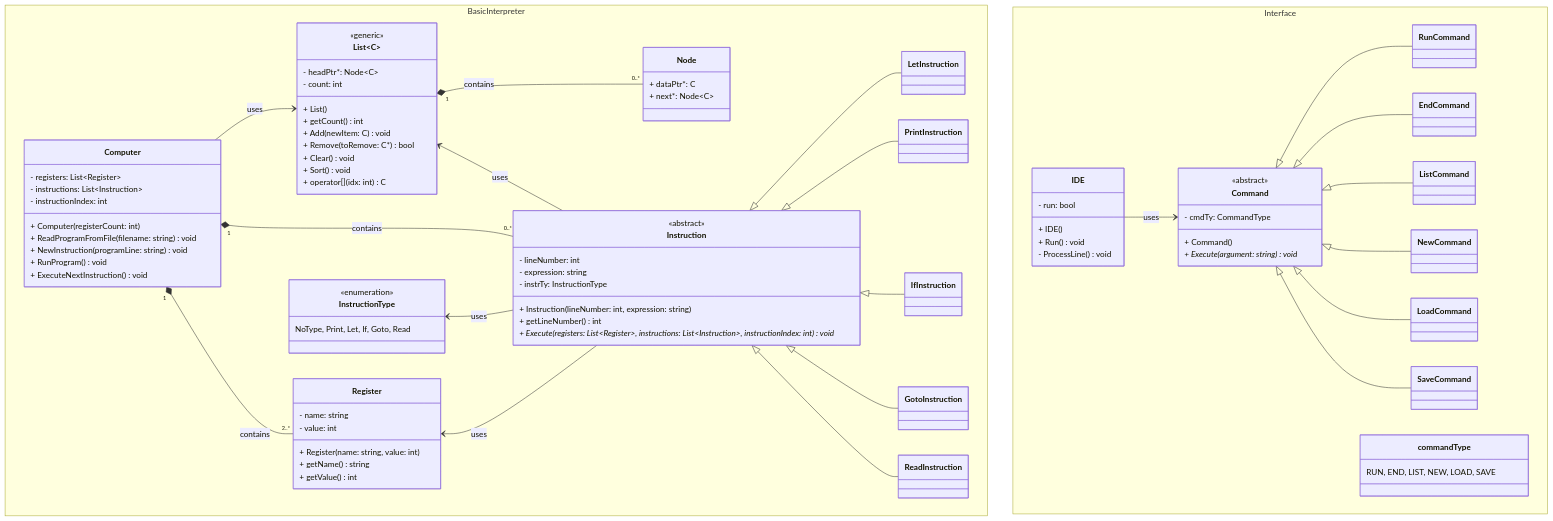
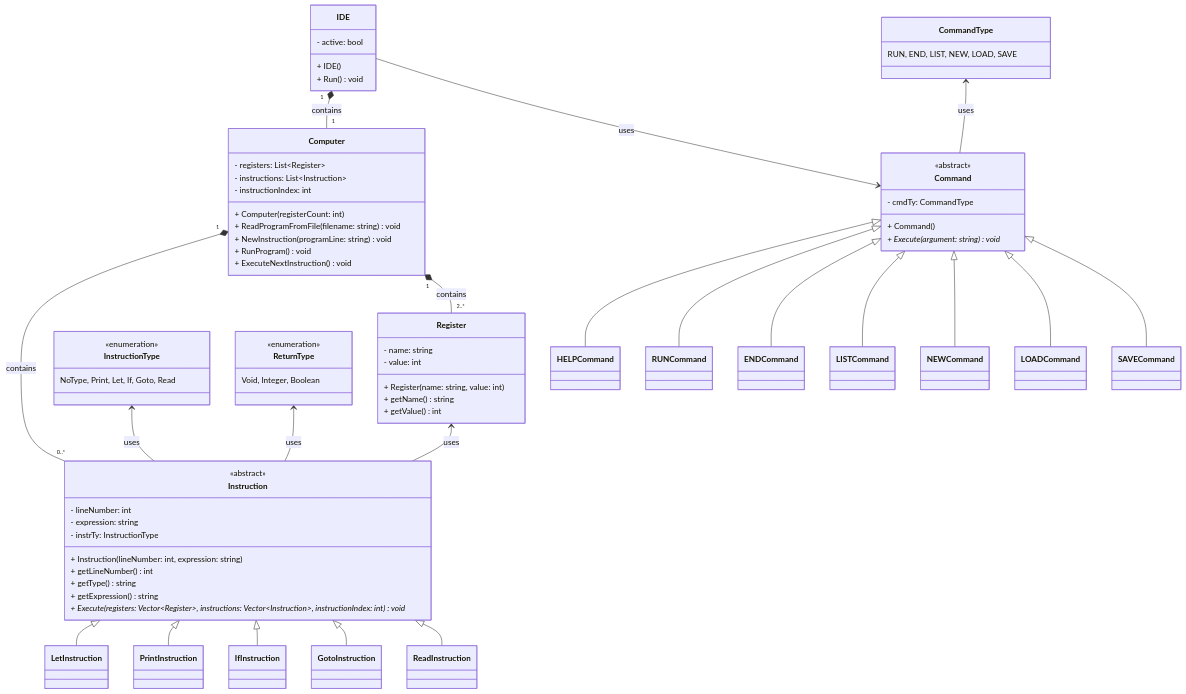
Before and after one commit to Spyro1/Basic-Lite-Interpreter: the diagram in Documentation/BASIC.md, drawn with Mermaid. The commit also changed other lines of this file and 15 other files, not shown here.

Commit message:
ProcessExpression: Integer evaluation DONE, register evaluation DONE, If instr. DONE, Brackets DONE

````diff
--- a/Documentation/BASIC.md
+++ b/Documentation/BASIC.md
@@ -28,23 +28,23 @@
 ```mermaid
 classDiagram
     direction TB
-namespace BasicInterpreter {
-    class List~C~{
-        <<generic>>
-        - headPtr*: Node~C~
-        - count: int
-        + List()
-        + getCount() int
-        + Add(newItem: C) void
-        + Remove(toRemove: C*) bool
-        + Clear() void
-        + Sort() void
-        + operator[](idx: int) C
-    }
-    class Node { 
-        + dataPtr*: C
-        + next*: Node~C~ 
-    }
+%%namespace BasicInterpreter {
+%%    class List~C~{
+%%        <<generic>>
+%%        - headPtr*: Node~C~
+%%        - count: int
+%%        + List()
+%%        + getCount() int
+%%        + Add(newItem: C) void
+%%        + Remove(toRemove: C*) bool
+%%        + Clear() void
+%%        + Sort() void
+%%        + operator[](idx: int) C
+%%    }
+%%    class Node { 
+%%        + dataPtr*: C
+%%        + next*: Node~C~ 
+%%    }
     
     class Computer {
         - registers: List~Register~
@@ -67,6 +67,10 @@
         <<enumeration>>
         NoType, Print, Let, If, Goto, Read 
     }
+    class ReturnType{
+        <<enumeration>>
+        Void, Integer, Boolean
+    }
     class Instruction {
         <<abstract>>
         - lineNumber: int
@@ -74,7 +78,9 @@
         - instrTy: InstructionType
         + Instruction(lineNumber: int, expression: string)
         + getLineNumber() int
-        + Execute(registers: List~Register~, instructions: List~Instruction~, instructionIndex: int) void*
+        + getType() string
+        + getExpression() string
+        + Execute(registers: Vector~Register~, instructions: Vector~Instruction~, instructionIndex: int) void*
     }
     class LetInstruction
     class PrintInstruction
@@ -82,16 +88,46 @@
     class IfInstruction
     class ReadInstruction
     
+%%namespace Interface {
+    class IDE{
+      - active: bool
+      + IDE()
+      + Run() void
+    }
+    class CommandType { RUN, END, LIST, NEW, LOAD, SAVE }
+    class Command{
+      <<abstract>>
+      - cmdTy: CommandType
+      + Command()
+      + Execute(argument: string) void*
+    }
+    class HELPCommand
+    class RUNCommand
+    class ENDCommand
+    class LISTCommand
+    class NEWCommand
+    class LOADCommand
+    class SAVECommand  
+%%}
 %%    direction TB
-}
-    Computer --> List : uses   
-    List "1" *-- "0..*" Node : contains
+%%}
+%%    Computer --> List : uses   
+%%    List "1" *-- "0..*" Node : contains
+    IDE "1" *-- "1" Computer : contains
+    CommandType <-- Command : uses
+    IDE --> Command : uses
+%%    Computer "1" --* "1" IDE
+    
     Computer "1" *-- "0..*" Instruction : contains
     Computer "1" *-- "2..*" Register : contains
     
-    List <-- Instruction : uses
+    ReturnType <-- Instruction : uses
+    InstructionType <-- Instruction : uses
     Register <-- Instruction : uses
-    InstructionType <-- Instruction : uses
+    
+%%    List <-- Instruction : uses
+%%    Instruction --> InstructionType : uses
+%%    Instruction --> ReturnType : uses
     
     Instruction <|-- LetInstruction
     Instruction <|-- PrintInstruction
@@ -99,35 +135,15 @@
     Instruction <|-- GotoInstruction
     Instruction <|-- ReadInstruction
     
-namespace Interface {
     
-    class IDE{
-      - run: bool
-      + IDE()
-      + Run() void
-      - ProcessLine() void
-    }
-    class commandType { RUN, END, LIST, NEW, LOAD, SAVE }
-    class Command{
-      <<abstract>>
-      - cmdTy: CommandType
-      + Command()
-      + Execute(argument: string) void*
-    }
-    class RunCommand
-    class EndCommand
-    class ListCommand
-    class NewCommand
-    class LoadCommand
-    class SaveCommand
-}
-    IDE --> Command : uses
+    Command <|-- HELPCommand
+    Command <|-- RUNCommand
+    Command <|-- ENDCommand
+    Command <|-- LISTCommand
+    Command <|-- NEWCommand
+    Command <|-- LOADCommand
+    Command <|-- SAVECommand
     
-    Command <|-- RunCommand
-    Command <|-- EndCommand
-    Command <|-- ListCommand
-    Command <|-- NewCommand
-    Command <|-- LoadCommand
-    Command <|-- SaveCommand
+    %% Notes
       
 ```
````
